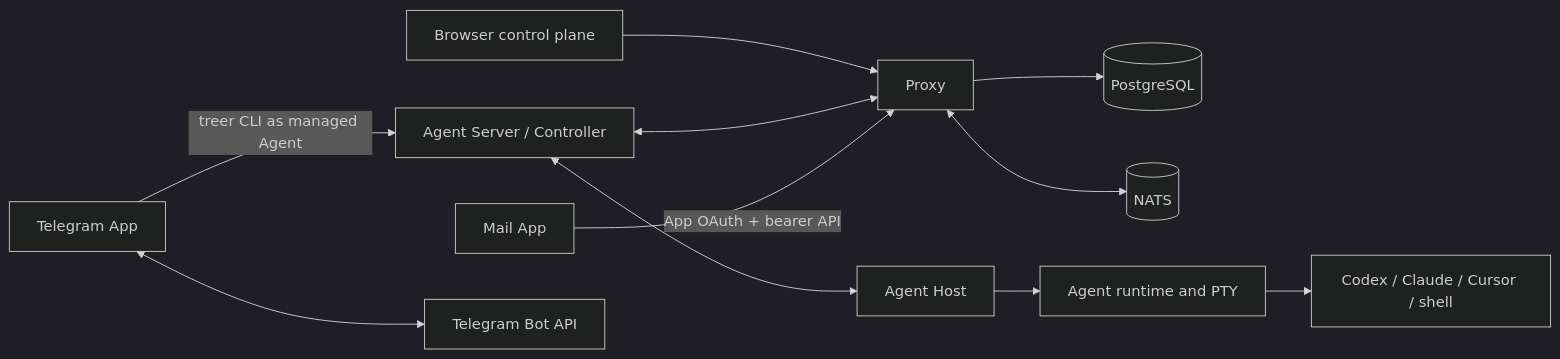
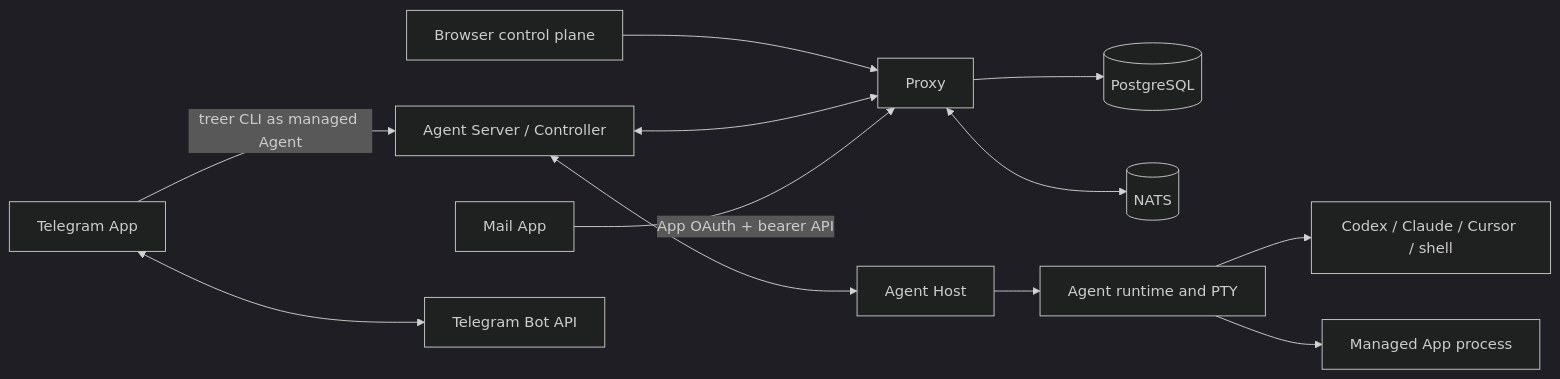
The diagram in docs/architecture.md (EvoEvolver/treer), drawn with Mermaid (dark theme) before and after one commit. The commit also changed other lines of this file and 18 other files, not shown here.

Commit message:
feat: add managed app lifecycle

````diff
--- a/docs/architecture.md
+++ b/docs/architecture.md
@@ -5,13 +5,14 @@
 ```mermaid
 flowchart LR
     Web[Browser control plane] --> Proxy[Proxy]
     Proxy --> DB[(PostgreSQL)]
     Proxy <--> NATS[(NATS)]
     Controller[Agent Server / Controller] <--> Proxy
     Controller <--> Host[Agent Host]
     Host --> Runtime[Agent runtime and PTY]
     Runtime --> Agent[Codex / Claude / Cursor / shell]
+    Runtime --> ManagedApp[Managed App process]
     Mail[Mail App] -->|App OAuth + bearer API| Proxy
     Telegram[Telegram App] -->|treer CLI as managed Agent| Controller
     Telegram <--> TG[Telegram Bot API]
 ```
````
